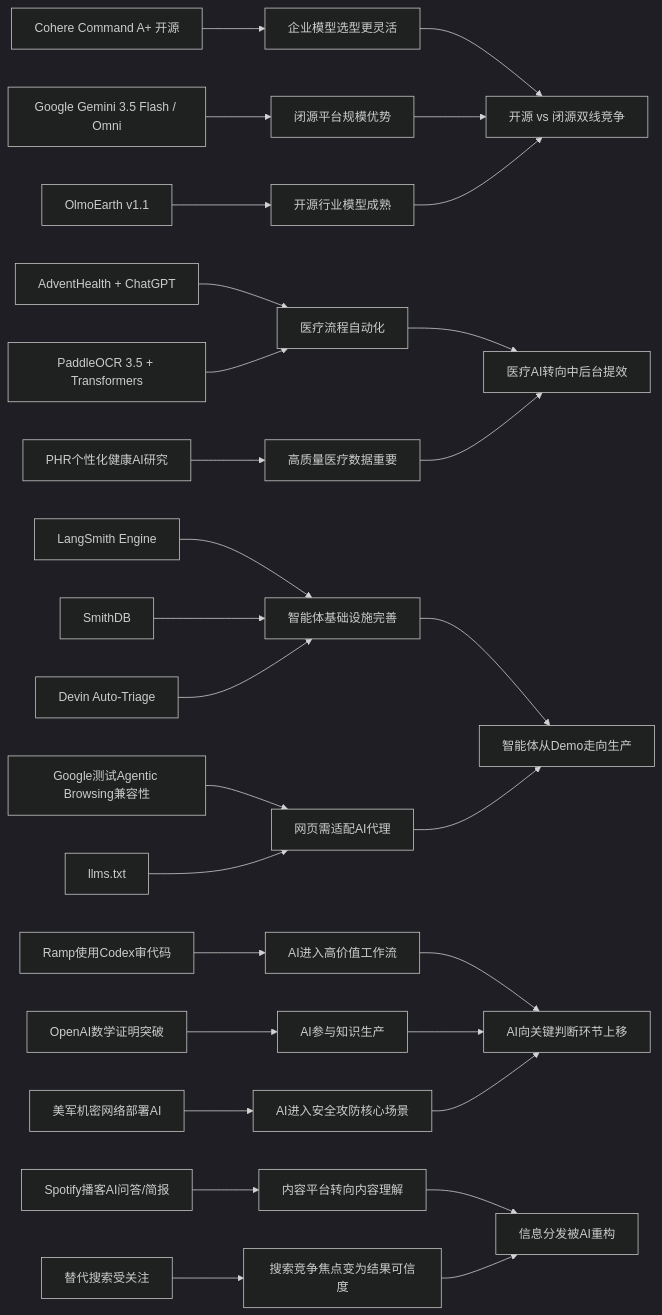
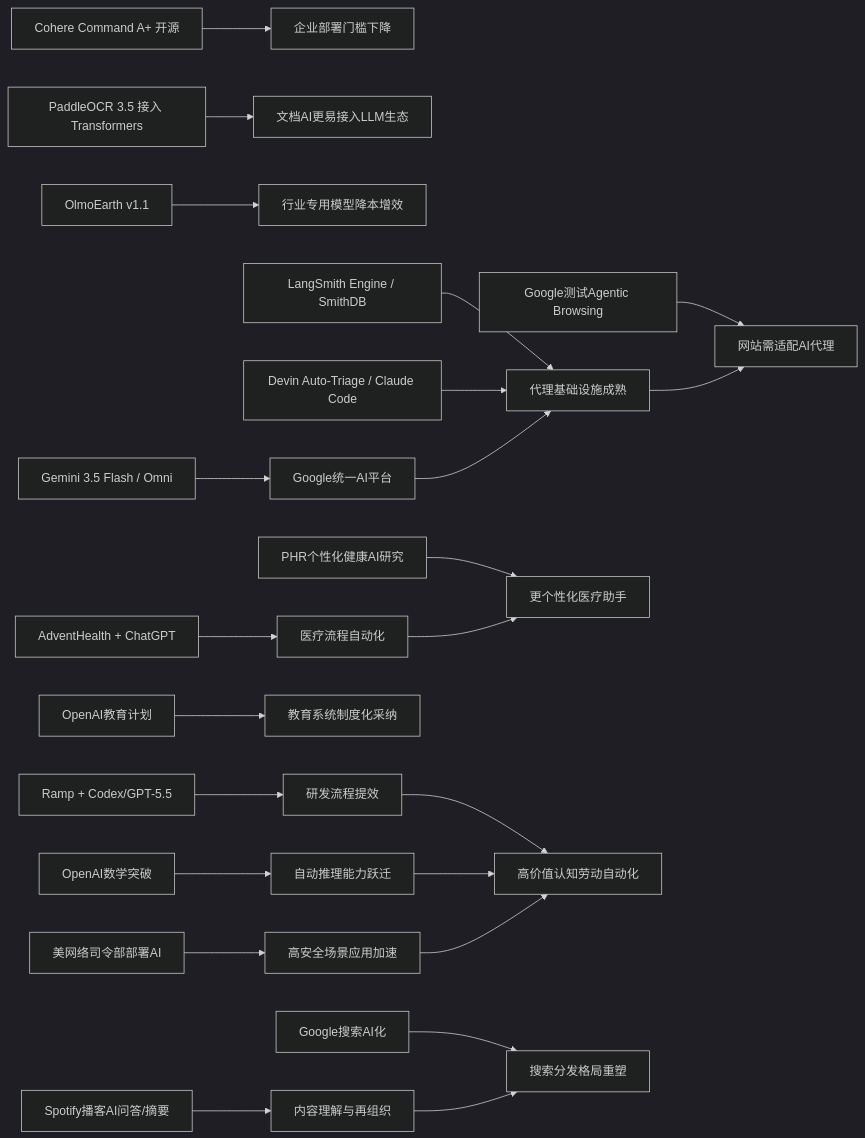
One commit to zhuxinfei/ai-daily-site changed the diagram in content/cn/2026/2026-05/2026-05-22.md. Above: the diagram before and after it, drawn with Mermaid (dark theme). The commit also changed other lines of this file, not shown here.

````diff
--- a/content/cn/2026/2026-05/2026-05-22.md
+++ b/content/cn/2026/2026-05/2026-05-22.md
@@ -110,35 +110,29 @@
 ```mermaid
 graph LR
-    A[Cohere Command A+ 开源] --> B[企业模型选型更灵活]
-    C[Google Gemini 3.5 Flash / Omni] --> D[闭源平台规模优势]
-    E[OlmoEarth v1.1] --> F[开源行业模型成熟]
-    B --> G[开源 vs 闭源双线竞争]
-    D --> G
-    F --> G
+    A[Cohere Command A+ 开源] --> B[企业部署门槛下降]
+    C[PaddleOCR 3.5 接入 Transformers] --> D[文档AI更易接入LLM生态]
+    E[OlmoEarth v1.1] --> F[行业专用模型降本增效]
 
-    H[AdventHealth + ChatGPT] --> I[医疗流程自动化]
-    J[PaddleOCR 3.5 + Transformers] --> I
-    K[PHR个性化健康AI研究] --> L[高质量医疗数据重要]
-    I --> M[医疗AI转向中后台提效]
-    L --> M
+    G[LangSmith Engine / SmithDB] --> H[代理基础设施成熟]
+    I[Devin Auto-Triage / Claude Code] --> H
+    J[Gemini 3.5 Flash / Omni] --> K[Google统一AI平台]
+    K --> H
+    L[Google测试Agentic Browsing] --> M[网站需适配AI代理]
+    H --> M
 
-    N[LangSmith Engine] --> O[智能体基础设施完善]
-    P[SmithDB] --> O
-    Q[Devin Auto-Triage] --> O
-    R[Google测试Agentic Browsing兼容性] --> S[网页需适配AI代理]
-    T[llms.txt] --> S
-    O --> U[智能体从Demo走向生产]
-    S --> U
+    N[AdventHealth + ChatGPT] --> O[医疗流程自动化]
+    P[PHR个性化健康AI研究] --> Q[更个性化医疗助手]
+    O --> Q
+    R[OpenAI教育计划] --> S[教育系统制度化采纳]
 
-    V[Ramp使用Codex审代码] --> W[AI进入高价值工作流]
-    X[OpenAI数学证明突破] --> Y[AI参与知识生产]
-    Z[美军机密网络部署AI] --> AA[AI进入安全攻防核心场景]
-    W --> AB[AI向关键判断环节上移]
-    Y --> AB
-    AA --> AB
+    T[Ramp + Codex/GPT-5.5] --> U[研发流程提效]
+    V[OpenAI数学突破] --> W[自动推理能力跃迁]
+    X[美网络司令部部署AI] --> Y[高安全场景应用加速]
+    U --> Z[高价值认知劳动自动化]
+    W --> Z
+    Y --> Z
 
-    AC[Spotify播客AI问答/简报] --> AD[内容平台转向内容理解]
-    AE[替代搜索受关注] --> AF[搜索竞争焦点变为结果可信度]
-    AD --> AG[信息分发被AI重构]
-    AF --> AG
+    AA[Spotify播客AI问答/摘要] --> AB[内容理解与再组织]
+    AC[Google搜索AI化] --> AD[搜索分发格局重塑]
+    AB --> AD
 ```
````
